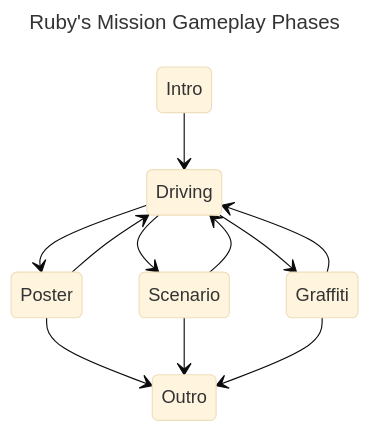
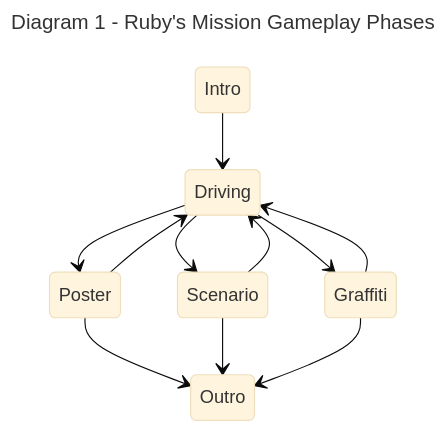
Before and after one commit to Dionysi/AnnotationTool-Release: the tenth of 10 diagrams in Annotation-rules-refactor.md, drawn with Mermaid (base theme). The commit also changed other lines of this file, not shown here.

````diff
--- a/Annotation-rules-refactor.md
+++ b/Annotation-rules-refactor.md
@@ -268,17 +266,17 @@
 ```mermaid
 ---
-title: Ruby's Mission Gameplay Phases
+title: Diagram 1 - Ruby's Mission Gameplay Phases
 ---
 stateDiagram-v2
     Intro --> Driving
 
     Driving --> Poster
     Driving --> Scenario
     Driving --> Graffiti
     Poster --> Driving
     Scenario --> Driving
     Graffiti --> Driving
     Poster --> Outro
     Scenario --> Outro
     Graffiti --> Outro
 ```
````
